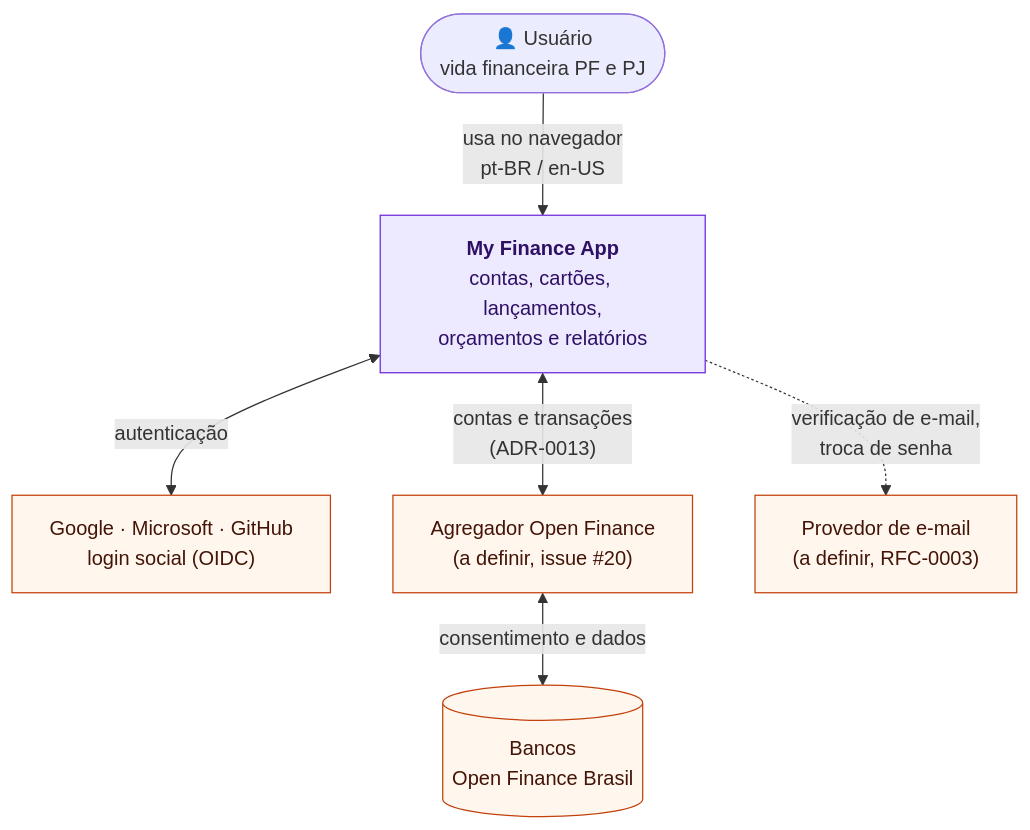
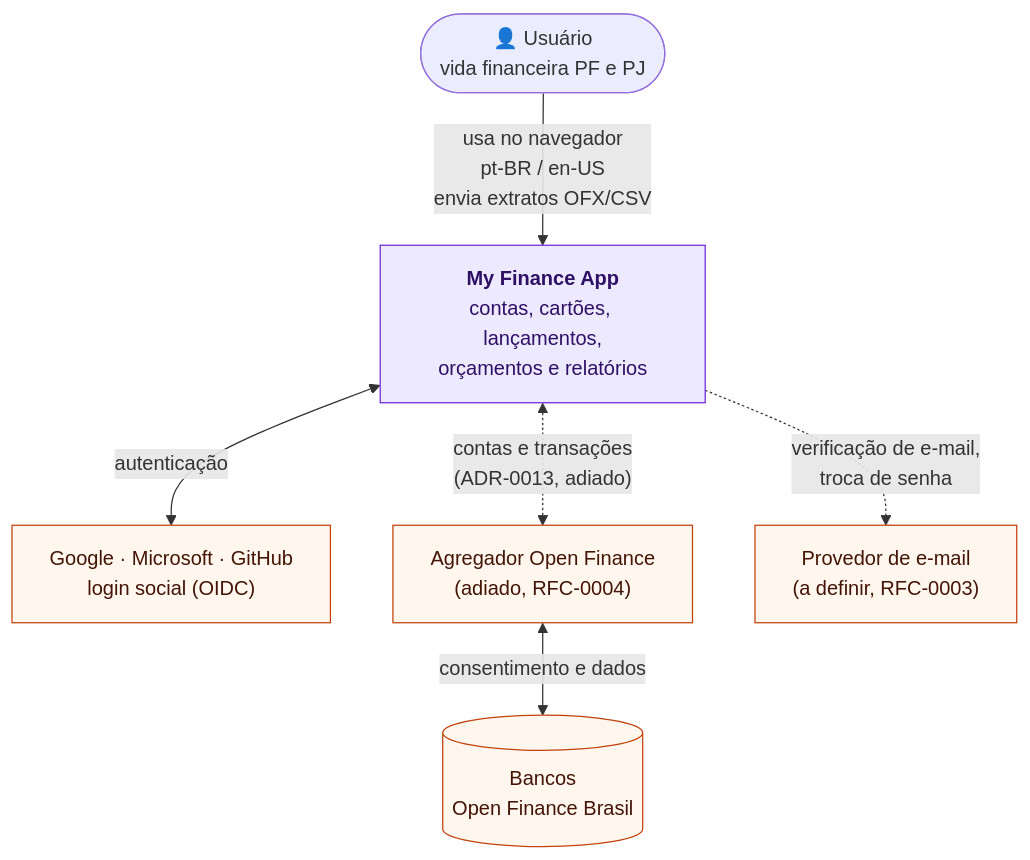
The first of 6 diagrams in docs/architecture/diagrams.md (wyhitomi/my-finance-app), drawn with Mermaid before and after one commit. The commit also changed other lines of this file and 4 other files, not shown here.

First line of the commit message:
docs: prioritise OFX/CSV import over Open Finance

````diff
--- a/docs/architecture/diagrams.md
+++ b/docs/architecture/diagrams.md
@@ -14,21 +14,21 @@
 ```mermaid
 flowchart TB
     user(["👤 Usuário<br/>vida financeira PF e PJ"])
     app["<b>My Finance App</b><br/>contas, cartões, lançamentos,<br/>orçamentos e relatórios"]
 
     idp["Google · Microsoft · GitHub<br/>login social (OIDC)"]
-    agg["Agregador Open Finance<br/>(a definir, issue #20)"]
+    agg["Agregador Open Finance<br/>(adiado, RFC-0004)"]
     banks[("Bancos<br/>Open Finance Brasil")]
     mail["Provedor de e-mail<br/>(a definir, RFC-0003)"]
 
-    user -->|"usa no navegador<br/>pt-BR / en-US"| app
+    user -->|"usa no navegador<br/>pt-BR / en-US<br/>envia extratos OFX/CSV"| app
     app <-->|autenticação| idp
-    app <-->|"contas e transações<br/>(ADR-0013)"| agg
+    app <-.->|"contas e transações<br/>(ADR-0013, adiado)"| agg
     agg <-->|consentimento e dados| banks
     app -.->|"verificação de e-mail,<br/>troca de senha"| mail
 
     classDef system fill:#ede9fe,stroke:#6d28d9,color:#2e1065
     classDef external fill:#fff7ed,stroke:#c2410c,color:#431407
     class app system
     class idp,agg,banks,mail external
 ```
````
